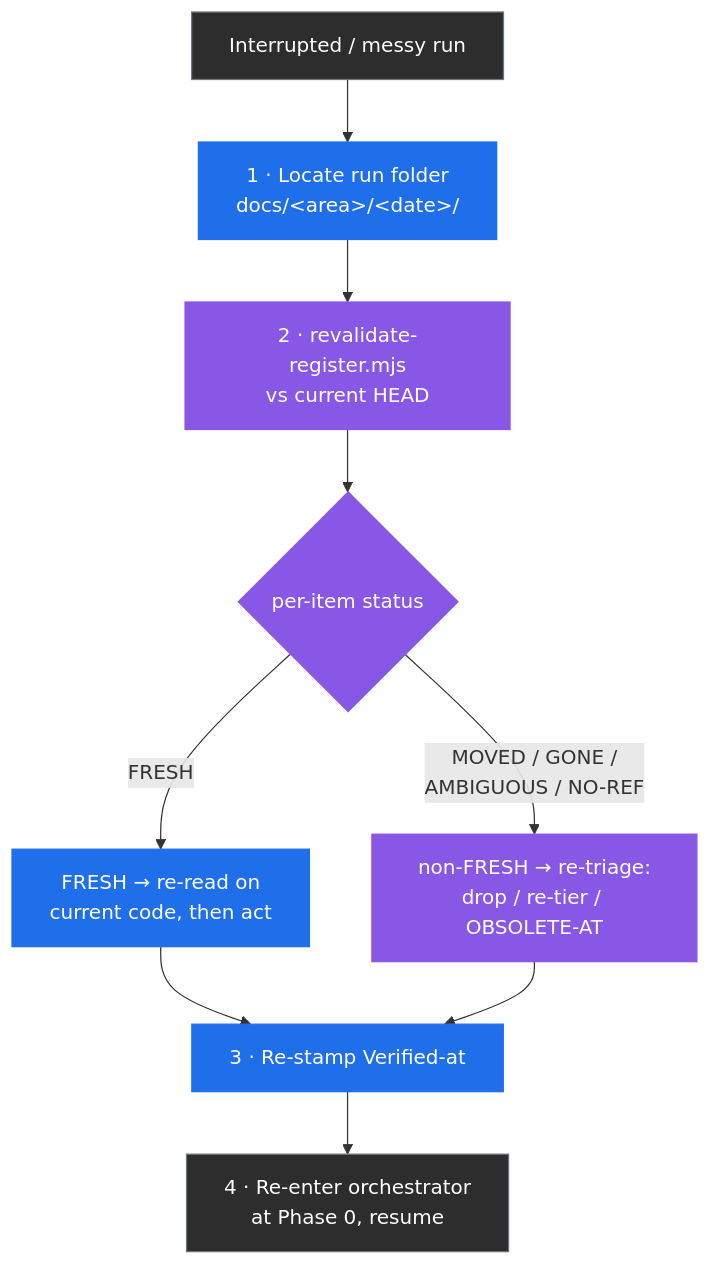
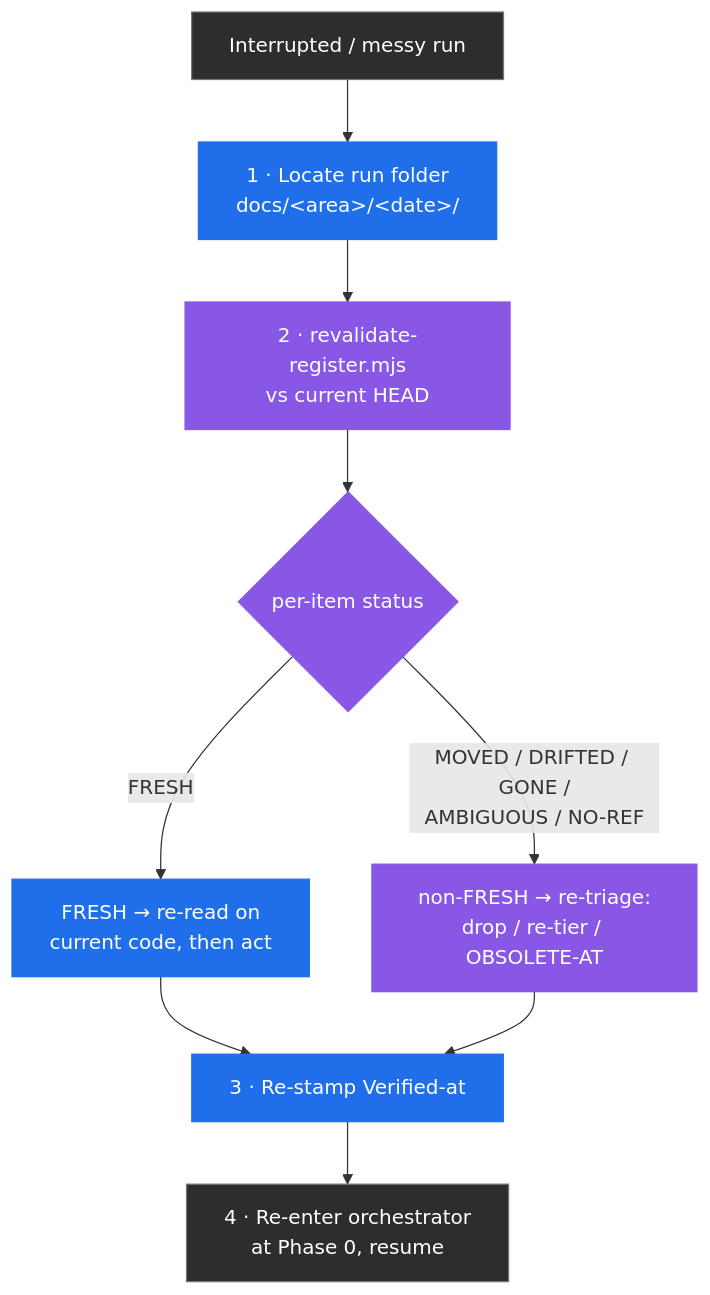
One commit to skylarsabo/code-ops changed the first of 2 diagrams in docs/handbook/10-recovery-and-troubleshooting.md. Above: the diagram before and after it, drawn with Mermaid. The commit also changed other lines of this file and 50 other files, not shown here.

````diff
--- a/docs/handbook/10-recovery-and-troubleshooting.md
+++ b/docs/handbook/10-recovery-and-troubleshooting.md
@@ -20,20 +20,20 @@
 ```mermaid
 flowchart TD
   classDef step fill:#1f6feb,stroke:#1f6feb,color:#fff
   classDef gate fill:#8957e5,stroke:#8957e5,color:#fff
   classDef done fill:#2d2d2d,stroke:#6e7681,color:#fff
 
   A["Interrupted / messy run"]:::done
   B["1 · Locate run folder<br/>docs/&lt;area&gt;/&lt;date&gt;/"]:::step
   C["2 · revalidate-register.mjs<br/>vs current HEAD"]:::gate
   D{"per-item status"}:::gate
   E["FRESH → re-read on<br/>current code, then act"]:::step
   F["non-FRESH → re-triage:<br/>drop / re-tier / OBSOLETE-AT"]:::gate
   G["3 · Re-stamp Verified-at"]:::step
   H["4 · Re-enter orchestrator<br/>at Phase 0, resume"]:::done
 
   A --> B --> C --> D
   D -->|FRESH| E --> G
-  D -->|MOVED / GONE /<br/>AMBIGUOUS / NO-REF| F --> G
+  D -->|MOVED / DRIFTED / GONE /<br/>AMBIGUOUS / NO-REF| F --> G
   G --> H
 ```
````
